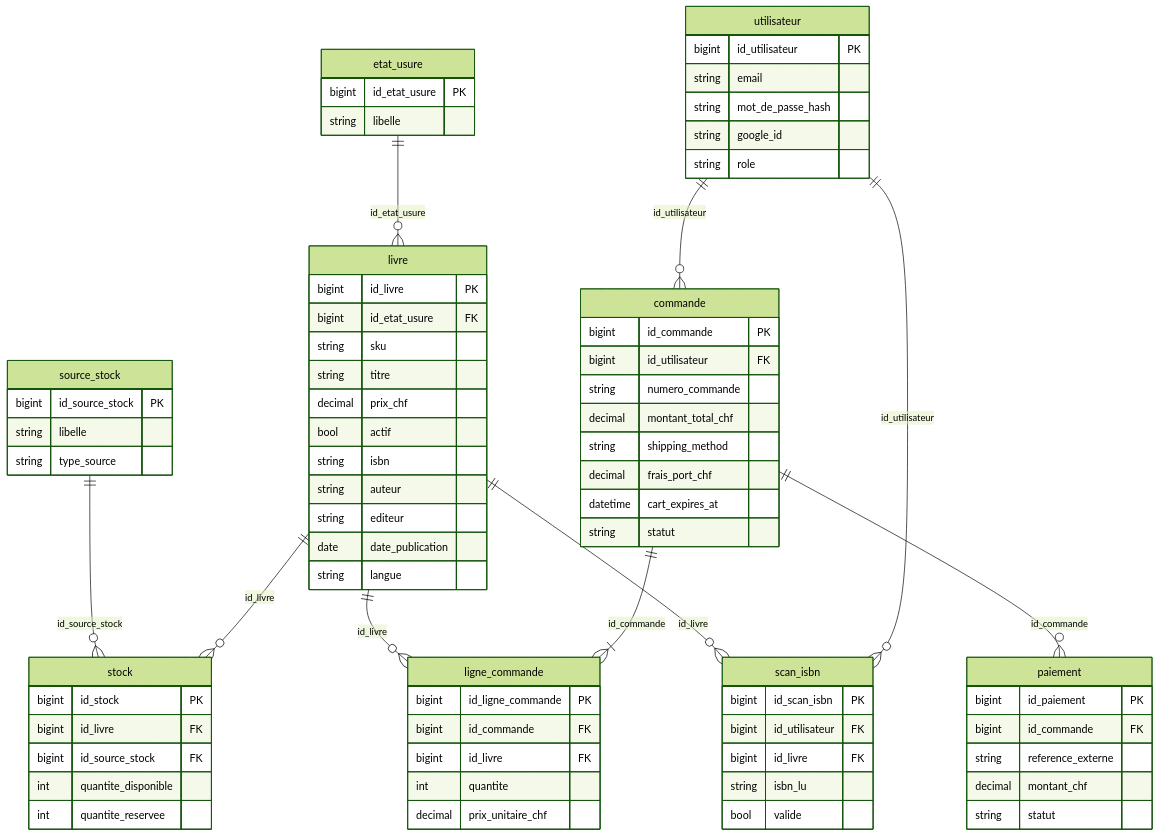
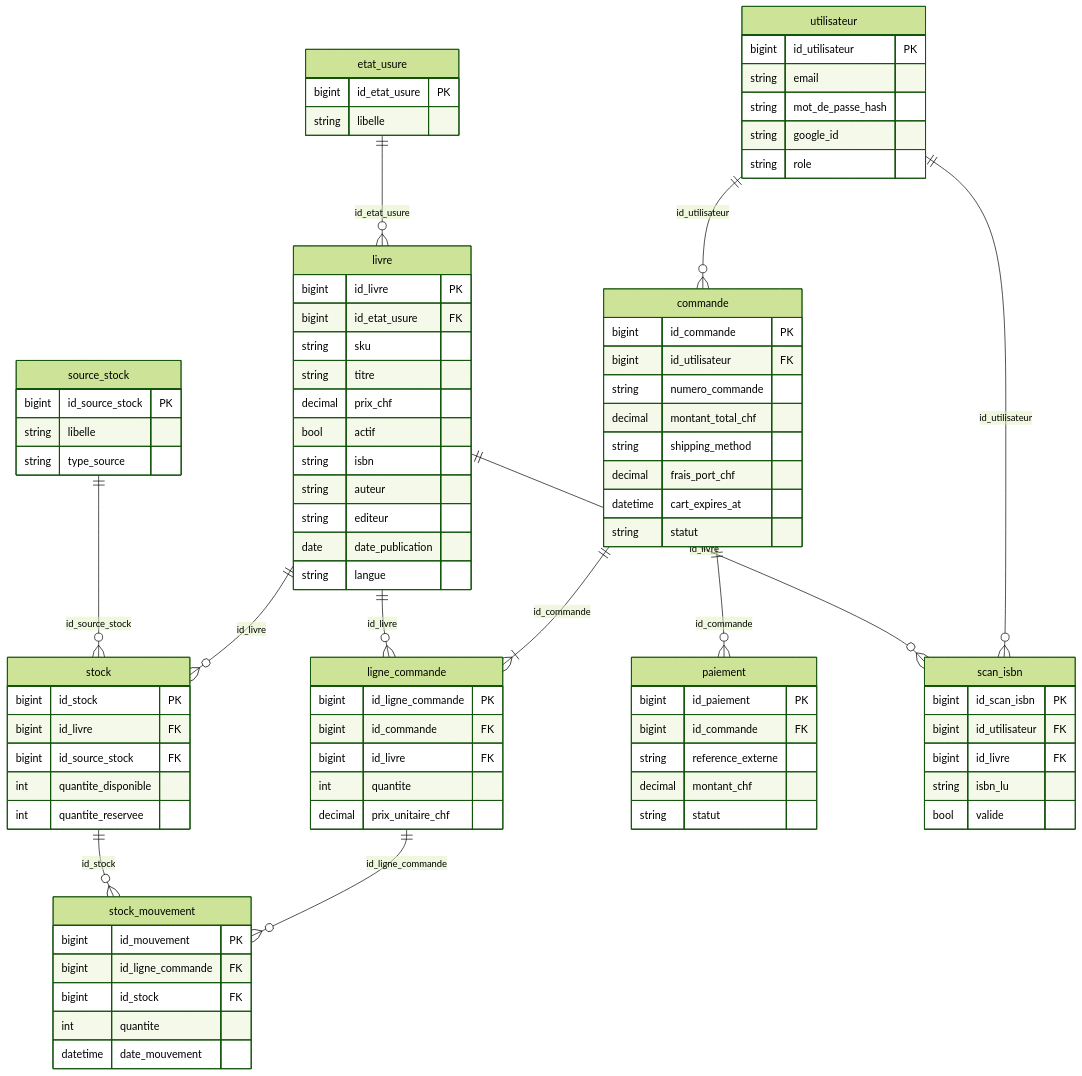
Before and after one commit to Visualstudiocodetest/caribooks: the diagram in diagrams/mld.mmd, drawn with Mermaid (forest theme). The commit also changed 14 other files, not shown here.

```diff
--- a/diagrams/mld.mmd
+++ b/diagrams/mld.mmd
@@ -1,79 +1,88 @@
 %% Modèle Logique de Données (MLD) — CARIBOOKS (livre autonome, sans héritage de table)
 erDiagram
     etat_usure ||--o{ livre : "id_etat_usure"
     livre ||--o{ stock : "id_livre"
     source_stock ||--o{ stock : "id_source_stock"
     utilisateur ||--o{ commande : "id_utilisateur"
     commande ||--|{ ligne_commande : "id_commande"
     livre ||--o{ ligne_commande : "id_livre"
     commande ||--o{ paiement : "id_commande"
     utilisateur ||--o{ scan_isbn : "id_utilisateur"
     livre ||--o{ scan_isbn : "id_livre"
+    ligne_commande ||--o{ stock_mouvement : "id_ligne_commande"
+    stock ||--o{ stock_mouvement : "id_stock"
 
     etat_usure {
         bigint id_etat_usure PK
         string libelle
     }
     source_stock {
         bigint id_source_stock PK
         string libelle
         string type_source
     }
     livre {
         bigint id_livre PK
         bigint id_etat_usure FK
         string sku
         string titre
         decimal prix_chf
         bool actif
         string isbn
         string auteur
         string editeur
         date date_publication
         string langue
     }
     stock {
         bigint id_stock PK
         bigint id_livre FK
         bigint id_source_stock FK
         int quantite_disponible
         int quantite_reservee
     }
     utilisateur {
         bigint id_utilisateur PK
         string email
         string mot_de_passe_hash
         string google_id
         string role
     }
     commande {
         bigint id_commande PK
         bigint id_utilisateur FK
         string numero_commande
         decimal montant_total_chf
         string shipping_method
         decimal frais_port_chf
         datetime cart_expires_at
         string statut
     }
     ligne_commande {
         bigint id_ligne_commande PK
         bigint id_commande FK
         bigint id_livre FK
         int quantite
         decimal prix_unitaire_chf
     }
     paiement {
         bigint id_paiement PK
         bigint id_commande FK
         string reference_externe
         decimal montant_chf
         string statut
     }
     scan_isbn {
         bigint id_scan_isbn PK
         bigint id_utilisateur FK
         bigint id_livre FK
         string isbn_lu
         bool valide
     }
+    stock_mouvement {
+        bigint id_mouvement PK
+        bigint id_ligne_commande FK
+        bigint id_stock FK
+        int quantite
+        datetime date_mouvement
+    }
```
